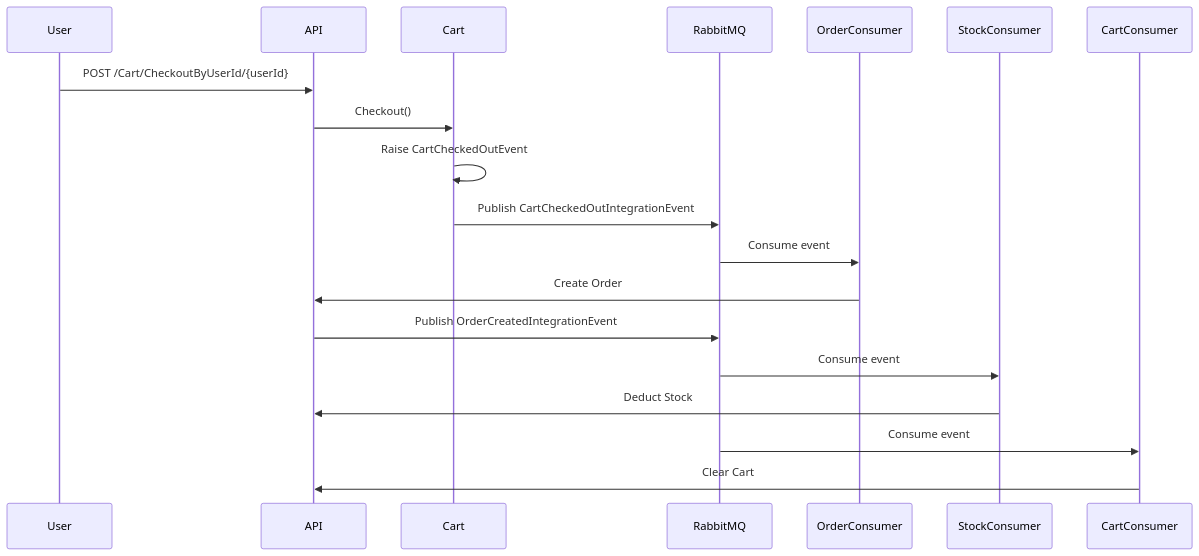
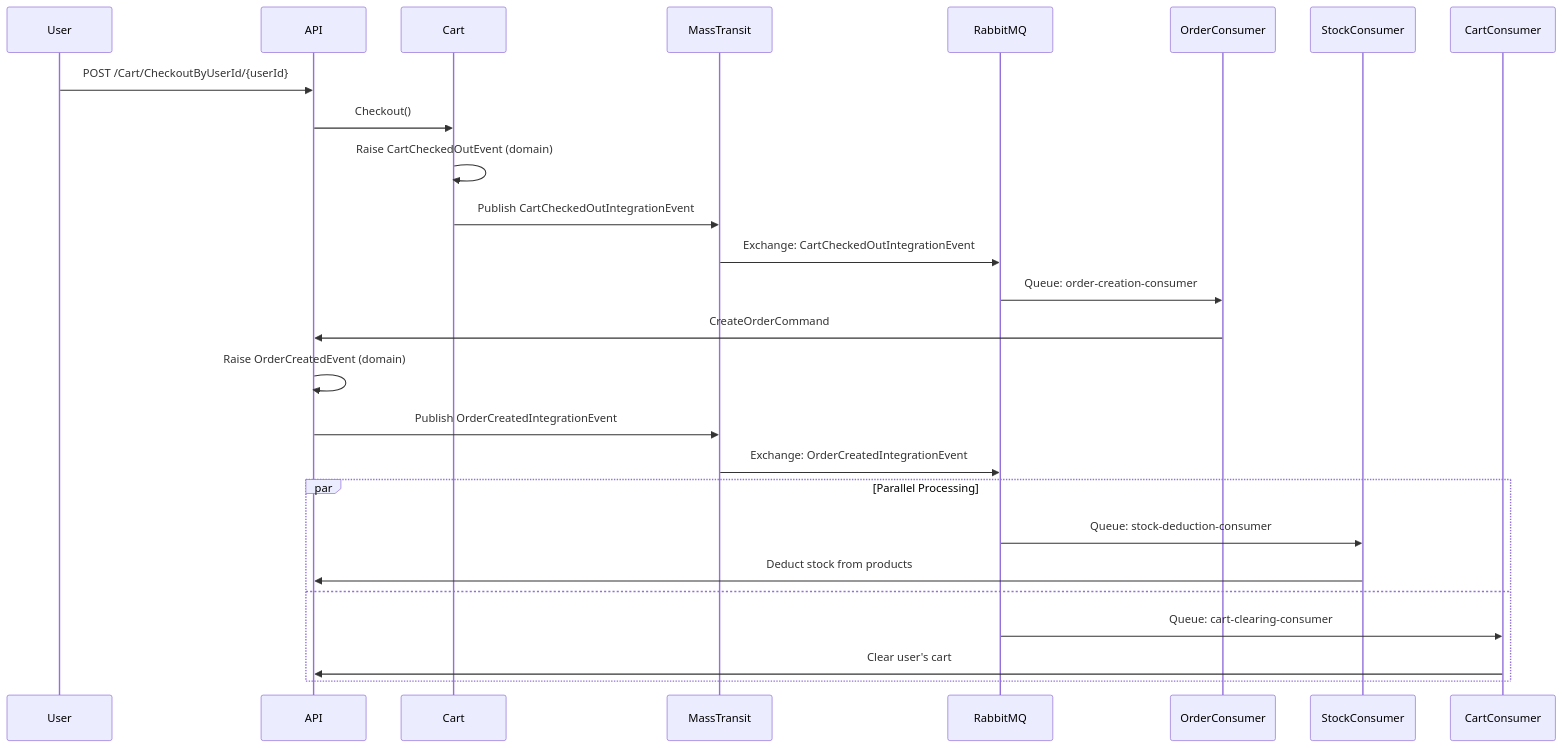
One commit to A7medEmbaby/ProductManagementAPI changed the diagram in README.md. Above: the diagram before and after it, drawn with Mermaid. The commit also changed other lines of this file and 26 other files, not shown here.

Commit message:
Migration from RabbitMQ to MassTransit

````diff
--- a/README.md
+++ b/README.md
@@ -204,22 +275,30 @@
 ```mermaid
 sequenceDiagram
     participant User
     participant API
     participant Cart
+    participant MassTransit
     participant RabbitMQ
     participant OrderConsumer
     participant StockConsumer
     participant CartConsumer
 
     User->>API: POST /Cart/CheckoutByUserId/{userId}
     API->>Cart: Checkout()
-    Cart->>Cart: Raise CartCheckedOutEvent
-    Cart->>RabbitMQ: Publish CartCheckedOutIntegrationEvent
-    RabbitMQ->>OrderConsumer: Consume event
-    OrderConsumer->>API: Create Order
-    API->>RabbitMQ: Publish OrderCreatedIntegrationEvent
-    RabbitMQ->>StockConsumer: Consume event
-    StockConsumer->>API: Deduct Stock
-    RabbitMQ->>CartConsumer: Consume event
-    CartConsumer->>API: Clear Cart
+    Cart->>Cart: Raise CartCheckedOutEvent (domain)
+    Cart->>MassTransit: Publish CartCheckedOutIntegrationEvent
+    MassTransit->>RabbitMQ: Exchange: CartCheckedOutIntegrationEvent
+    RabbitMQ->>OrderConsumer: Queue: order-creation-consumer
+    OrderConsumer->>API: CreateOrderCommand
+    API->>API: Raise OrderCreatedEvent (domain)
+    API->>MassTransit: Publish OrderCreatedIntegrationEvent
+    MassTransit->>RabbitMQ: Exchange: OrderCreatedIntegrationEvent
+
+    par Parallel Processing
+        RabbitMQ->>StockConsumer: Queue: stock-deduction-consumer
+        StockConsumer->>API: Deduct stock from products
+    and
+        RabbitMQ->>CartConsumer: Queue: cart-clearing-consumer
+        CartConsumer->>API: Clear user's cart
+    end
 ```
````
